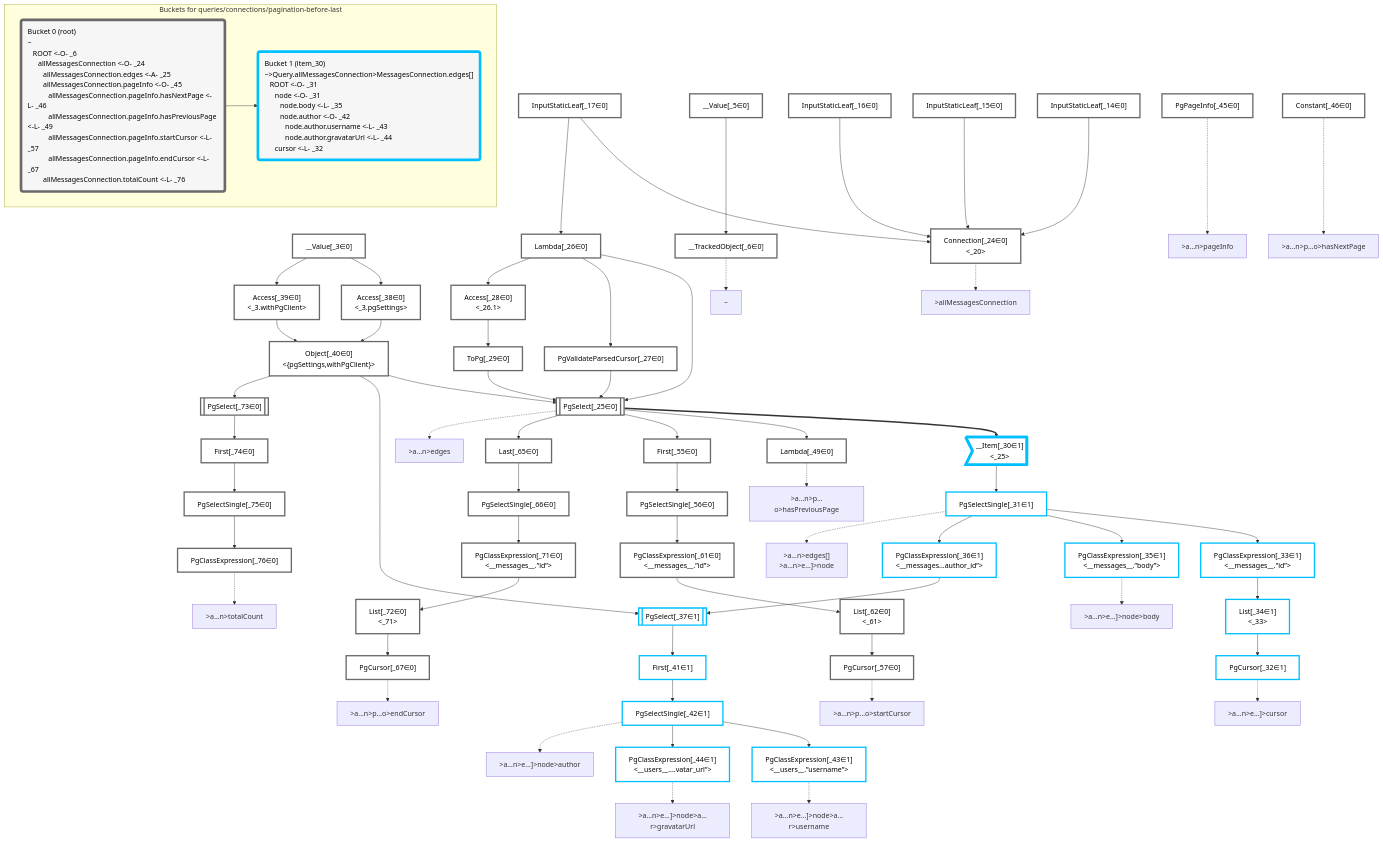
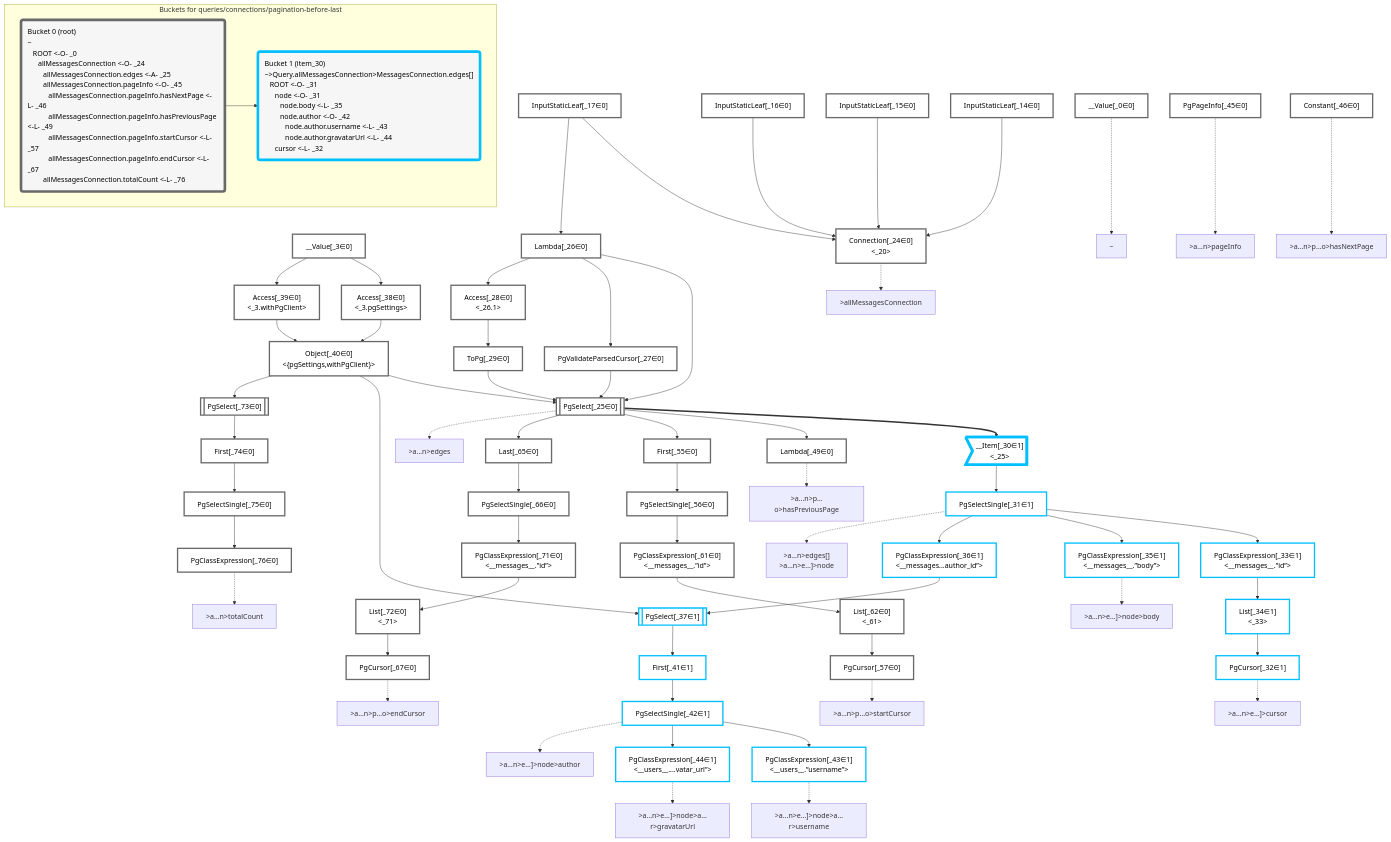
Before and after one commit to graphile/crystal: the diagram in packages/dataplan-pg/__tests__/queries/connections/pagination-before-last.deopt.mermaid.md, drawn with Mermaid. The commit also changed 193 other files, not shown here.

Commit message:
Update test plan snapshots with new root plan

```diff
--- a/packages/dataplan-pg/__tests__/queries/connections/pagination-before-last.deopt.mermaid.md
+++ b/packages/dataplan-pg/__tests__/queries/connections/pagination-before-last.deopt.mermaid.md
@@ -8,9 +8,8 @@
 
 
     %% define plans
+    __Value_0["__Value[_0∈0]"]:::plan
     __Value_3["__Value[_3∈0]<br /><context>"]:::plan
-    __Value_5["__Value[_5∈0]<br /><rootValue>"]:::plan
-    __TrackedObject_6["__TrackedObject[_6∈0]"]:::plan
     InputStaticLeaf_14["InputStaticLeaf[_14∈0]"]:::plan
     InputStaticLeaf_15["InputStaticLeaf[_15∈0]"]:::plan
     InputStaticLeaf_16["InputStaticLeaf[_16∈0]"]:::plan
@@ -55,7 +54,6 @@
     PgClassExpression_76["PgClassExpression[_76∈0]<br /><count(*)>"]:::plan
 
     %% plan dependencies
-    __Value_5 --> __TrackedObject_6
     InputStaticLeaf_14 --> Connection_24
     InputStaticLeaf_15 --> Connection_24
     InputStaticLeaf_16 --> Connection_24
@@ -102,8 +100,8 @@
     PgSelectSingle_75 --> PgClassExpression_76
 
     %% plan-to-path relationships
-    P_6["~"]
-    __TrackedObject_6 -.-> P_6
+    P_0["~"]
+    __Value_0 -.-> P_0
     P_24[">allMessagesConnection"]
     Connection_24 -.-> P_24
     P_25[">a…n>edges"]
@@ -135,12 +133,12 @@
 
     %% allocate buckets
     classDef bucket0 stroke:#696969
-    class __Value_3,__Value_5,__TrackedObject_6,InputStaticLeaf_14,InputStaticLeaf_15,InputStaticLeaf_16,InputStaticLeaf_17,Connection_24,PgSelect_25,Lambda_26,PgValidateParsedCursor_27,Access_28,ToPg_29,Access_38,Access_39,Object_40,PgPageInfo_45,Constant_46,Lambda_49,First_55,PgSelectSingle_56,PgCursor_57,PgClassExpression_61,List_62,Last_65,PgSelectSingle_66,PgCursor_67,PgClassExpression_71,List_72,PgSelect_73,First_74,PgSelectSingle_75,PgClassExpression_76 bucket0
+    class __Value_0,__Value_3,InputStaticLeaf_14,InputStaticLeaf_15,InputStaticLeaf_16,InputStaticLeaf_17,Connection_24,PgSelect_25,Lambda_26,PgValidateParsedCursor_27,Access_28,ToPg_29,Access_38,Access_39,Object_40,PgPageInfo_45,Constant_46,Lambda_49,First_55,PgSelectSingle_56,PgCursor_57,PgClassExpression_61,List_62,Last_65,PgSelectSingle_66,PgCursor_67,PgClassExpression_71,List_72,PgSelect_73,First_74,PgSelectSingle_75,PgClassExpression_76 bucket0
     classDef bucket1 stroke:#00bfff
     class __Item_30,PgSelectSingle_31,PgCursor_32,PgClassExpression_33,List_34,PgClassExpression_35,PgClassExpression_36,PgSelect_37,First_41,PgSelectSingle_42,PgClassExpression_43,PgClassExpression_44 bucket1
 
     subgraph "Buckets for queries/connections/pagination-before-last"
-    Bucket0("Bucket 0 (root)<br />~<br />⠀ROOT <-O- _6<br />⠀⠀allMessagesConnection <-O- _24<br />⠀⠀⠀allMessagesConnection.edges <-A- _25<br />⠀⠀⠀allMessagesConnection.pageInfo <-O- _45<br />⠀⠀⠀⠀allMessagesConnection.pageInfo.hasNextPage <-L- _46<br />⠀⠀⠀⠀allMessagesConnection.pageInfo.hasPreviousPage <-L- _49<br />⠀⠀⠀⠀allMessagesConnection.pageInfo.startCursor <-L- _57<br />⠀⠀⠀⠀allMessagesConnection.pageInfo.endCursor <-L- _67<br />⠀⠀⠀allMessagesConnection.totalCount <-L- _76"):::bucket
+    Bucket0("Bucket 0 (root)<br />~<br />⠀ROOT <-O- _0<br />⠀⠀allMessagesConnection <-O- _24<br />⠀⠀⠀allMessagesConnection.edges <-A- _25<br />⠀⠀⠀allMessagesConnection.pageInfo <-O- _45<br />⠀⠀⠀⠀allMessagesConnection.pageInfo.hasNextPage <-L- _46<br />⠀⠀⠀⠀allMessagesConnection.pageInfo.hasPreviousPage <-L- _49<br />⠀⠀⠀⠀allMessagesConnection.pageInfo.startCursor <-L- _57<br />⠀⠀⠀⠀allMessagesConnection.pageInfo.endCursor <-L- _67<br />⠀⠀⠀allMessagesConnection.totalCount <-L- _76"):::bucket
     style Bucket0 stroke:#696969
     Bucket1("Bucket 1 (item_30)<br />~>Query.allMessagesConnection>MessagesConnection.edges[]<br />⠀ROOT <-O- _31<br />⠀⠀node <-O- _31<br />⠀⠀⠀node.body <-L- _35<br />⠀⠀⠀node.author <-O- _42<br />⠀⠀⠀⠀node.author.username <-L- _43<br />⠀⠀⠀⠀node.author.gravatarUrl <-L- _44<br />⠀⠀cursor <-L- _32"):::bucket
     style Bucket1 stroke:#00bfff
```
